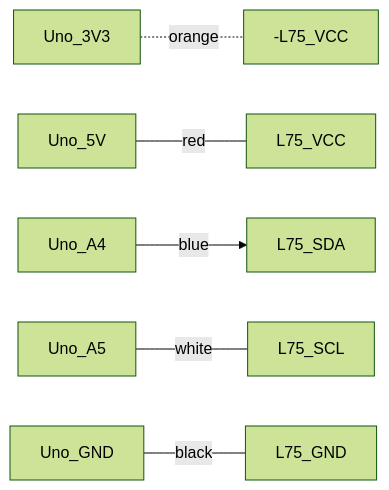
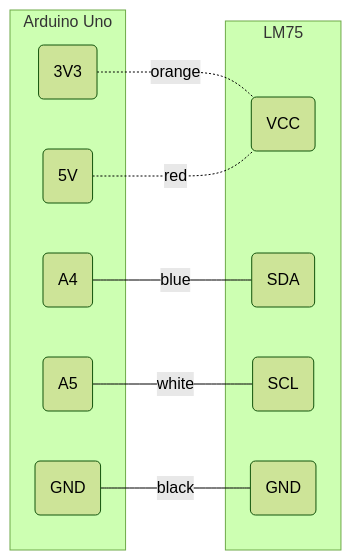
The first of 2 diagrams in wires.md (jochen4errors/colorcodes), drawn with Mermaid (forest theme) before and after one commit. The commit also changed other lines of this file and 1 other file, not shown here.

Commit message:
New Format

````diff
--- a/wires.md
+++ b/wires.md
@@ -19,8 +19,22 @@
 ```mermaid
 flowchart LR;
-Uno_3V3-.orange.--L75_VCC
-Uno_5V--red---L75_VCC
-Uno_A4--blue-->L75_SDA
-Uno_A5--white---L75_SCL
-Uno_GND--black---L75_GND
+  Uno_3V3-.-|orange|L75_VCC
+  Uno_5V-.-|red|L75_VCC
+  Uno_A4---|blue|L75_SDA
+  Uno_A5---|white|L75_SCL
+  Uno_GND---|black|L75_GND
+  subgraph LM75
+    L75_VCC(VCC)
+    L75_GND(GND)
+    L75_SDA(SDA)
+    L75_SCL(SCL)
+  end
+  subgraph Arduino Uno
+      Uno_3V3(3V3)
+      Uno_5V(5V)
+      Uno_GND(GND)
+      Uno_A4(A4)
+      Uno_A5(A5)
+  end
+
 ```
````
